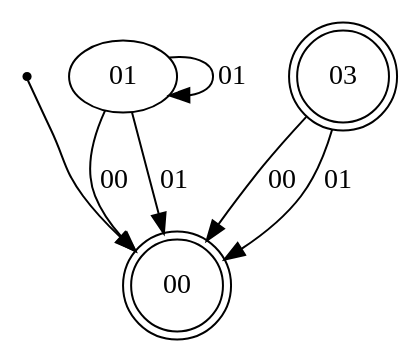
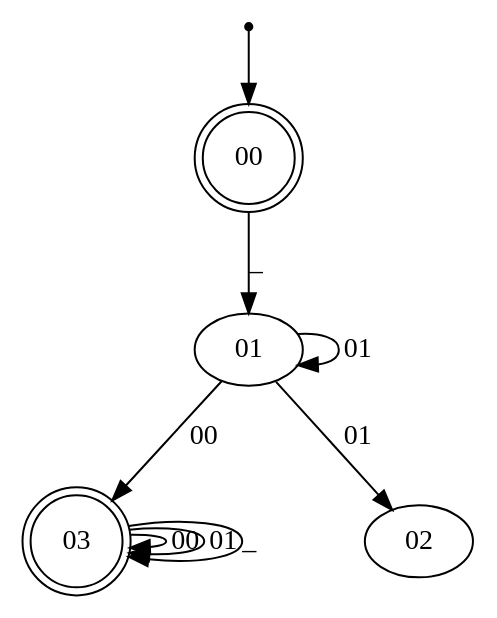
The diagram in output.dot (ValenButtignol/project-automata), drawn with Graphviz before and after one commit. The commit also changed 1 other file, not shown here.

```diff
--- a/output.dot
+++ b/output.dot
@@ -1,11 +1,13 @@
 digraph{
 inic[shape=point];
 inic->00;
-01->00 [label="00"];
-01->00 [label="01"];
+00->01 [label="_"];
+01->03 [label="00"];
+01->02 [label="01"];
 01->01 [label="01"];
-03->00 [label="00"];
-03->00 [label="01"];
+03->03 [label="00"];
+03->03 [label="01"];
+03->03 [label="_"];
 00[shape=doublecircle];
 03[shape=doublecircle];
 }
```
